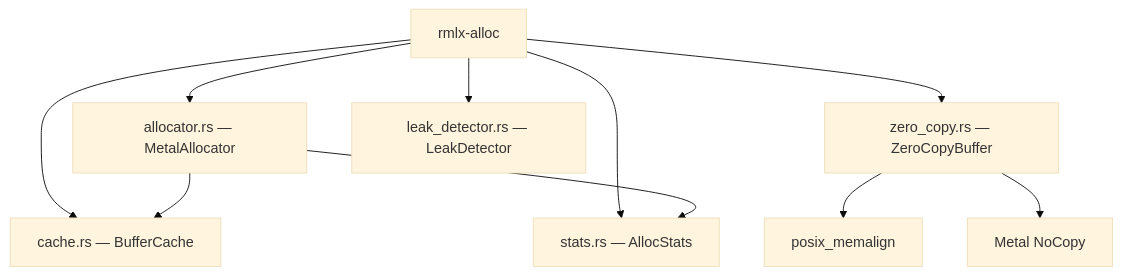
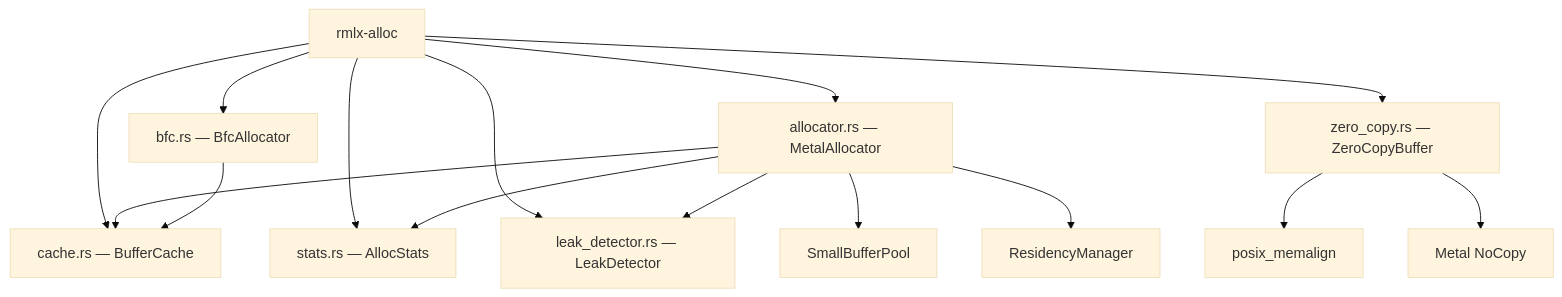
Before and after one commit to 0xDaizz/RMLX: the first of 3 diagrams in docs/crates/rmlx-alloc.md, drawn with Mermaid (base theme). The commit also changed other lines of this file and 29 other files, not shown here.

````diff
--- a/docs/crates/rmlx-alloc.md
+++ b/docs/crates/rmlx-alloc.md
@@ -13,12 +13,17 @@
 ```mermaid
 graph TD
     A[rmlx-alloc] --> B[allocator.rs — MetalAllocator]
     A --> C[zero_copy.rs — ZeroCopyBuffer]
     A --> D[cache.rs — BufferCache]
     A --> E[stats.rs — AllocStats]
     A --> F[leak_detector.rs — LeakDetector]
+    A --> I[bfc.rs — BfcAllocator]
     B --> D
     B --> E
+    B --> F
+    B --> J[SmallBufferPool]
+    B --> K[ResidencyManager]
+    I --> D
     C --> G[posix_memalign]
     C --> H[Metal NoCopy]
 ```
````
